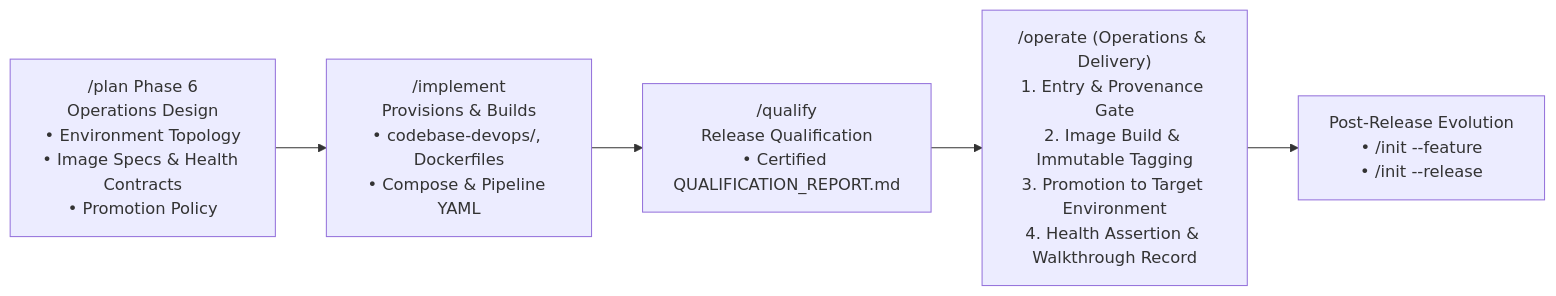
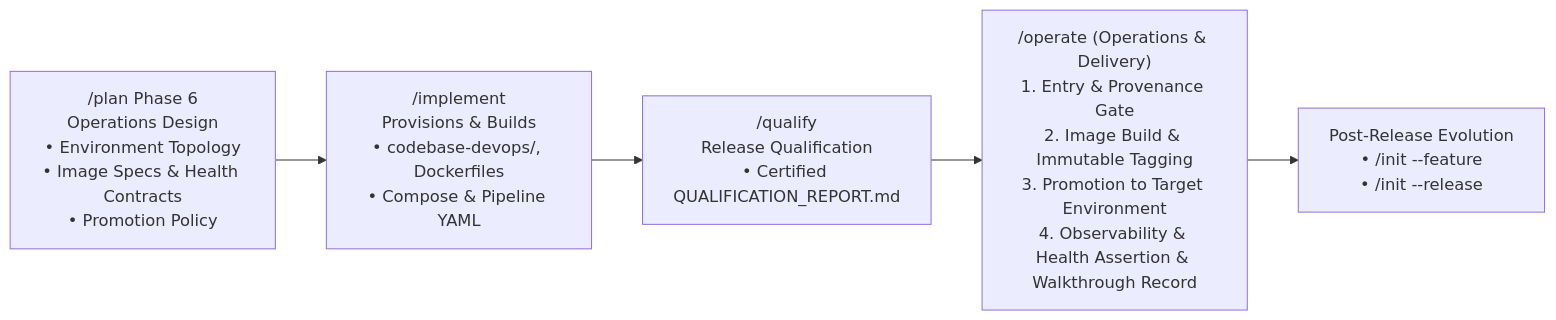
The first of 2 diagrams in actions/operate/operate_action.md (hrvthgergo/agent-driven-templates), drawn with Mermaid before and after one commit. The commit also changed other lines of this file and 9 other files, not shown here.

````diff
--- a/actions/operate/operate_action.md
+++ b/actions/operate/operate_action.md
@@ -17,8 +17,8 @@
 ```mermaid
 graph LR
     Plan["/plan Phase 6<br/>Operations Design<br/>• Environment Topology<br/>• Image Specs & Health Contracts<br/>• Promotion Policy"]
     --> Implement["/implement<br/>Provisions & Builds<br/>• codebase-devops/, Dockerfiles<br/>• Compose & Pipeline YAML"]
     --> Qualify["/qualify<br/>Release Qualification<br/>• Certified QUALIFICATION_REPORT.md"]
-    --> Operate["/operate (Operations & Delivery)<br/>1. Entry & Provenance Gate<br/>2. Image Build & Immutable Tagging<br/>3. Promotion to Target Environment<br/>4. Health Assertion & Walkthrough Record"]
+    --> Operate["/operate (Operations & Delivery)<br/>1. Entry & Provenance Gate<br/>2. Image Build & Immutable Tagging<br/>3. Promotion to Target Environment<br/>4. Observability & Health Assertion & Walkthrough Record"]
     --> Evolve["Post-Release Evolution<br/>• /init --feature <name><br/>• /init --release <version>"]
 ```
````
